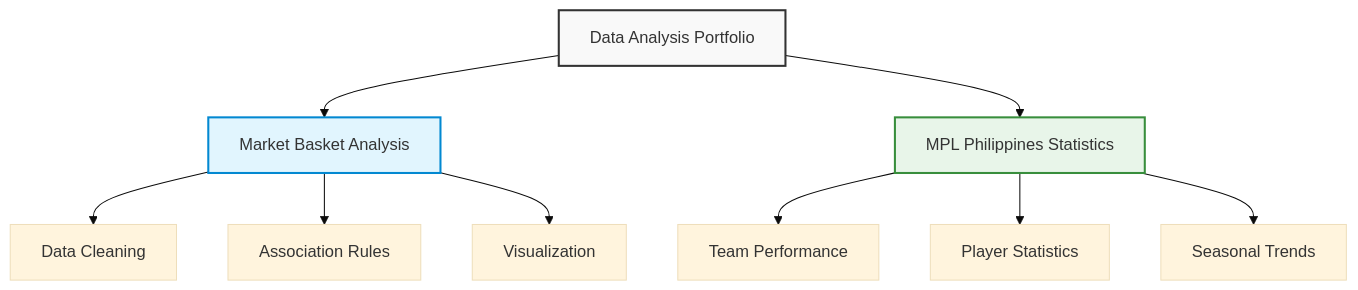
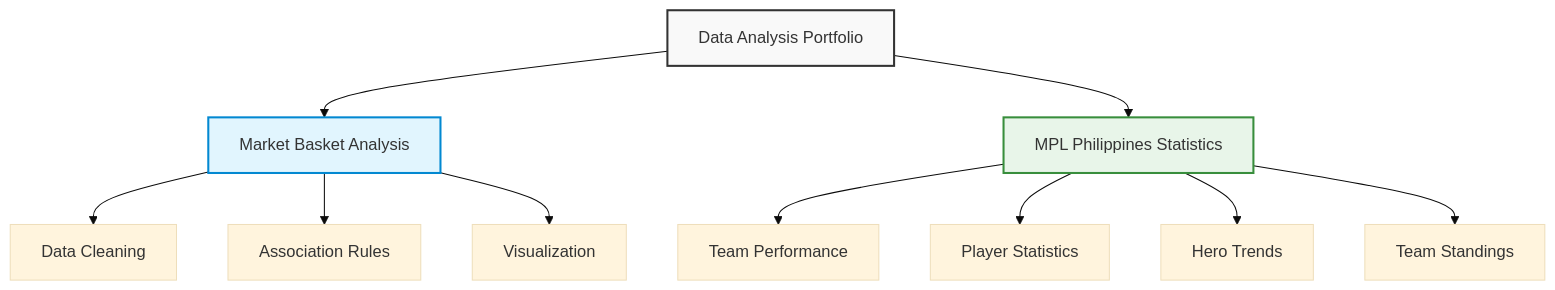
One commit to capsncode/capsncode changed the first of 2 diagrams in README.md. Above: the diagram before and after it, drawn with Mermaid (base theme).

````diff
--- a/README.md
+++ b/README.md
@@ -28,17 +28,18 @@
   ```mermaid
   graph TD
     A[Data Analysis Portfolio] --> B[Market Basket Analysis]
     A --> C[MPL Philippines Statistics]
     
     B --> B1[Data Cleaning]
     B --> B2[Association Rules]
     B --> B3[Visualization]
     
     C --> C1[Team Performance]
     C --> C2[Player Statistics]
-    C --> C3[Seasonal Trends]
+    C --> C3[Hero Trends]
+    C --> C4[Team Standings]
     
     style A fill:#f9f9f9,stroke:#333,stroke-width:2px
     style B fill:#e1f5fe,stroke:#0288d1,stroke-width:2px
     style C fill:#e8f5e9,stroke:#388e3c,stroke-width:2px
   ```
````
